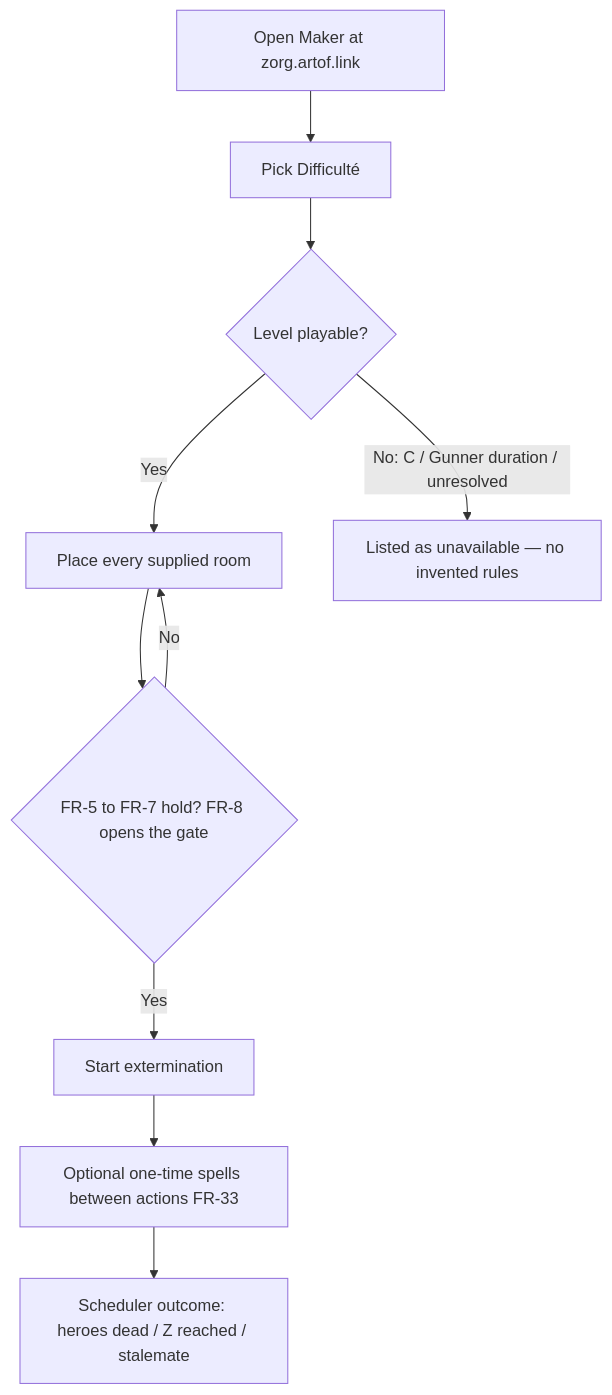
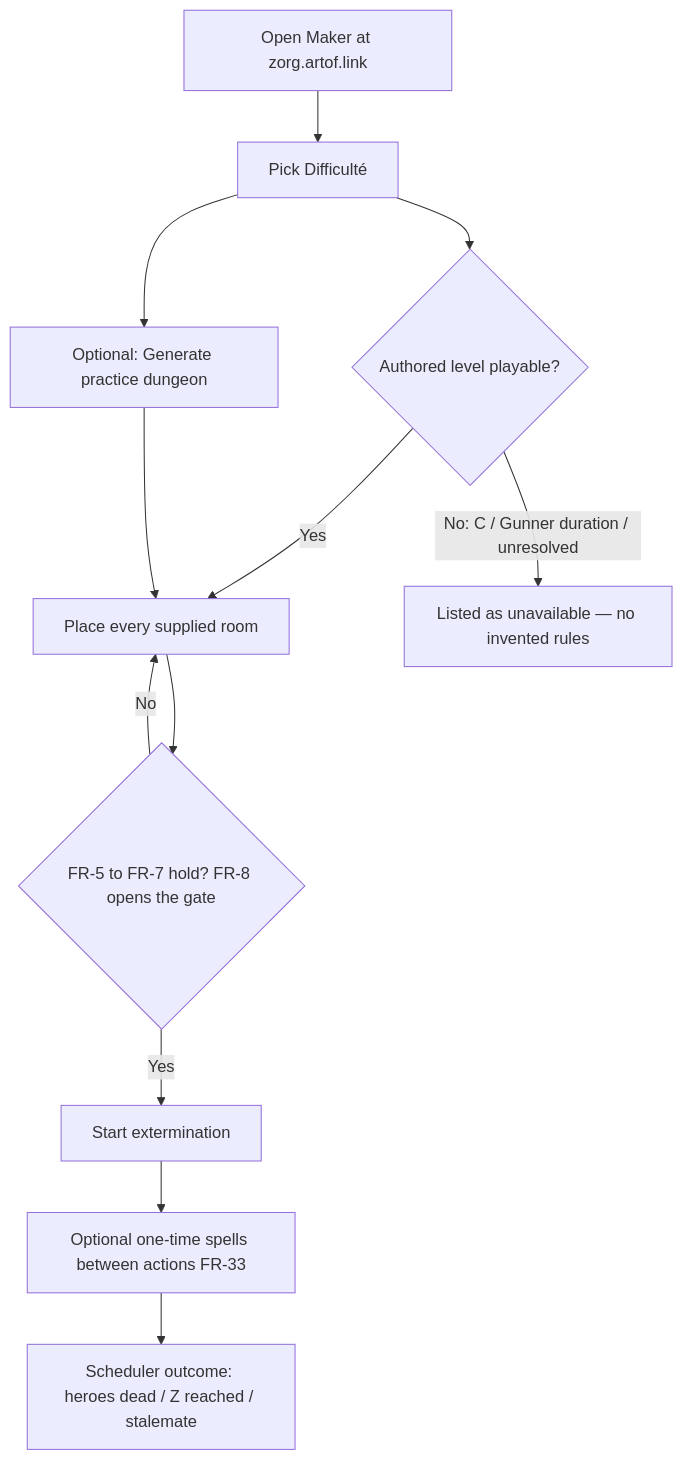
One commit to artofdream/zorg-dungeon changed the first of 8 diagrams in docs/PLAYER_GUIDE.md. Above: the diagram before and after it, drawn with Mermaid. The commit also changed other lines of this file and 12 other files, not shown here.

````diff
--- a/docs/PLAYER_GUIDE.md
+++ b/docs/PLAYER_GUIDE.md
@@ -19,12 +20,14 @@
 ```mermaid
 flowchart TD
   open[Open Maker at zorg.artof.link] --> pick[Pick Difficulté]
-  pick --> level{"Level playable?"}
+  pick --> level{"Authored level playable?"}
   level -->|Yes| place[Place every supplied room]
   place --> gate{"FR-5 to FR-7 hold? FR-8 opens the gate"}
   gate -->|No| place
   gate -->|Yes| fight[Start extermination]
   fight --> spells[Optional one-time spells between actions FR-33]
   spells --> outcome[Scheduler outcome: heroes dead / Z reached / stalemate]
   level -->|No: C / Gunner duration / unresolved| listed[Listed as unavailable — no invented rules]
+  pick --> gen[Optional: Generate practice dungeon]
+  gen --> place
 ```
````
